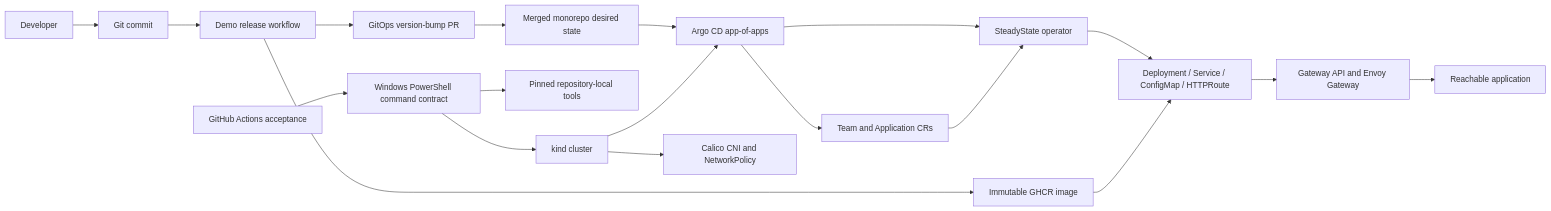
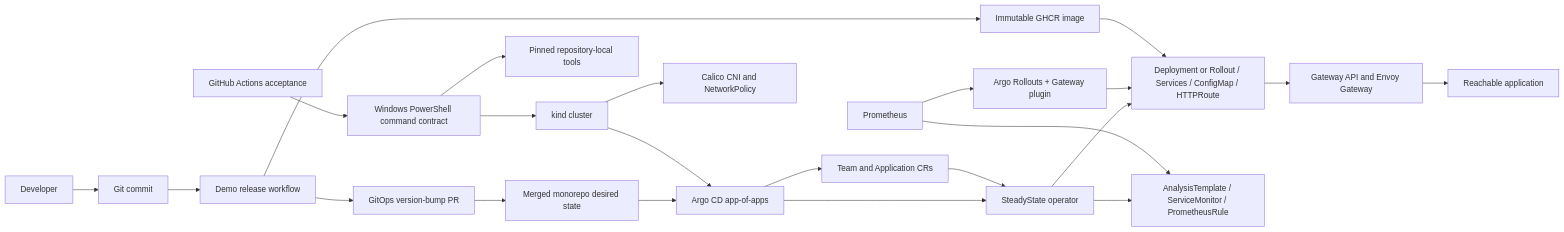
The diagram in README.md (saadabdullaah/steadystate), drawn with Mermaid before and after one commit. The commit also changed other lines of this file and 20 other files, not shown here.

````diff
--- a/README.md
+++ b/README.md
@@ -11,21 +11,25 @@
 ```mermaid
 flowchart LR
     Dev["Developer"] --> Commit["Git commit"]
     Commit --> Release["Demo release workflow"]
     Release --> GHCR["Immutable GHCR image"]
     Release --> PR["GitOps version-bump PR"]
     PR --> Git["Merged monorepo desired state"]
     Git --> Argo["Argo CD app-of-apps"]
     Argo --> Team["Team and Application CRs"]
     Argo --> Operator["SteadyState operator"]
     Team --> Operator
-    Operator --> Children["Deployment / Service / ConfigMap / HTTPRoute"]
+    Operator --> Children["Deployment or Rollout / Services / ConfigMap / HTTPRoute"]
+    Operator --> Analysis["AnalysisTemplate / ServiceMonitor / PrometheusRule"]
+    Rollouts["Argo Rollouts + Gateway plugin"] --> Children
+    Prometheus["Prometheus"] --> Analysis
+    Prometheus --> Rollouts
     GHCR --> Children
     Children --> Gateway["Gateway API and Envoy Gateway"]
     Gateway --> App["Reachable application"]
     PS["Windows PowerShell command contract"] --> Tools["Pinned repository-local tools"]
     PS --> Kind["kind cluster"]
     Kind --> Calico["Calico CNI and NetworkPolicy"]
     Kind --> Argo
     CI["GitHub Actions acceptance"] --> PS
 ```
````
